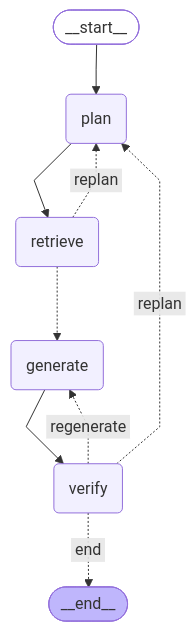
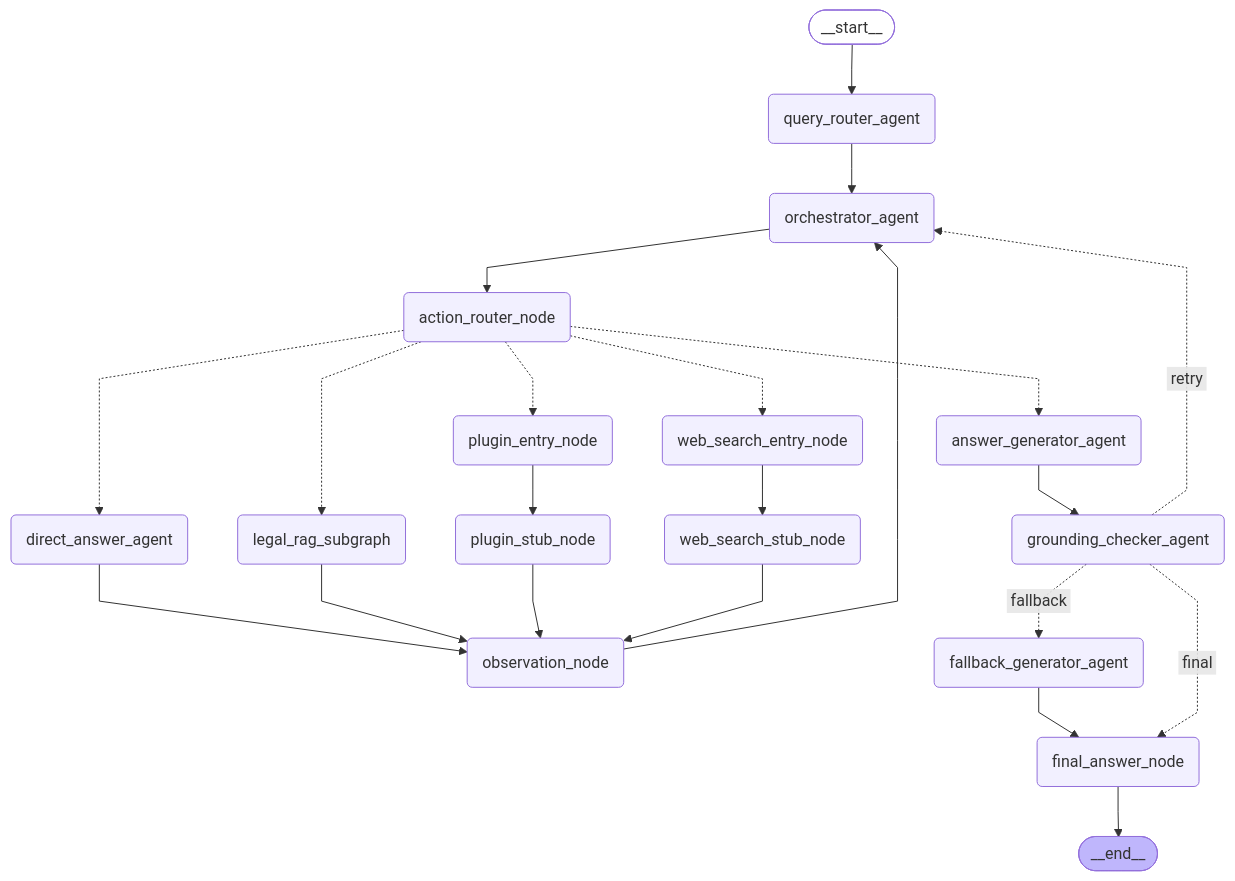
Before and after one commit to mark129873/law_agent: the diagram in docs/qa_graph.mmd, drawn with Mermaid. The commit also changed 18 other files, not shown here.

Commit message:
feat: BE-038 主图组装与装配切换——15 节点主图 + ContextVar 事件机制（修复子图事件不上浮）+ 删除 _legacy（BE-030 退役，185 tests）

```diff
--- a/docs/qa_graph.mmd
+++ b/docs/qa_graph.mmd
@@ -1,23 +1,46 @@
 ---
 config:
   flowchart:
     curve: linear
 ---
 graph TD;
 	__start__([<p>__start__</p>]):::first
-	plan(plan)
-	retrieve(retrieve)
-	generate(generate)
-	verify(verify)
+	query_router_agent(query_router_agent)
+	orchestrator_agent(orchestrator_agent)
+	action_router_node(action_router_node)
+	legal_rag_subgraph(legal_rag_subgraph)
+	plugin_entry_node(plugin_entry_node)
+	plugin_stub_node(plugin_stub_node)
+	web_search_entry_node(web_search_entry_node)
+	web_search_stub_node(web_search_stub_node)
+	observation_node(observation_node)
+	direct_answer_agent(direct_answer_agent)
+	answer_generator_agent(answer_generator_agent)
+	grounding_checker_agent(grounding_checker_agent)
+	fallback_generator_agent(fallback_generator_agent)
+	final_answer_node(final_answer_node)
 	__end__([<p>__end__</p>]):::last
-	__start__ --> plan;
-	generate --> verify;
-	plan --> retrieve;
-	retrieve -.-> generate;
-	retrieve -. &nbsp;replan&nbsp; .-> plan;
-	verify -. &nbsp;end&nbsp; .-> __end__;
-	verify -. &nbsp;regenerate&nbsp; .-> generate;
-	verify -. &nbsp;replan&nbsp; .-> plan;
+	__start__ --> query_router_agent;
+	action_router_node -.-> answer_generator_agent;
+	action_router_node -.-> direct_answer_agent;
+	action_router_node -.-> legal_rag_subgraph;
+	action_router_node -.-> plugin_entry_node;
+	action_router_node -.-> web_search_entry_node;
+	answer_generator_agent --> grounding_checker_agent;
+	direct_answer_agent --> observation_node;
+	fallback_generator_agent --> final_answer_node;
+	grounding_checker_agent -. &nbsp;fallback&nbsp; .-> fallback_generator_agent;
+	grounding_checker_agent -. &nbsp;final&nbsp; .-> final_answer_node;
+	grounding_checker_agent -. &nbsp;retry&nbsp; .-> orchestrator_agent;
+	legal_rag_subgraph --> observation_node;
+	observation_node --> orchestrator_agent;
+	orchestrator_agent --> action_router_node;
+	plugin_entry_node --> plugin_stub_node;
+	plugin_stub_node --> observation_node;
+	query_router_agent --> orchestrator_agent;
+	web_search_entry_node --> web_search_stub_node;
+	web_search_stub_node --> observation_node;
+	final_answer_node --> __end__;
 	classDef default fill:#f2f0ff,line-height:1.2
 	classDef first fill-opacity:0
 	classDef last fill:#bfb6fc
```
